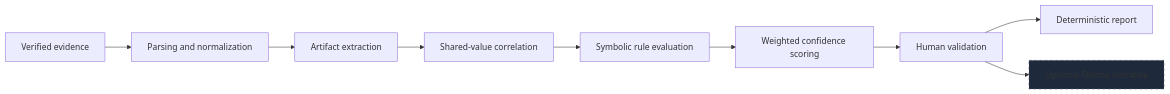
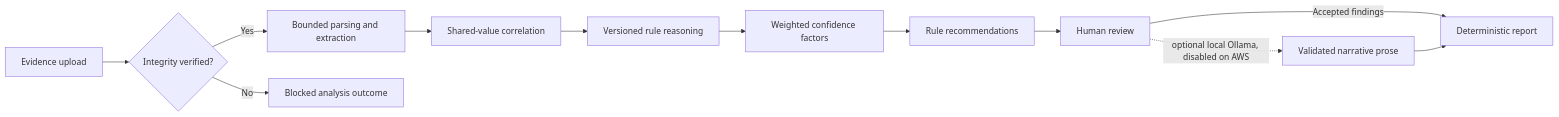
The fourth of 4 diagrams in README.md (shikhar-sahay/provena), drawn with Mermaid before and after one commit. The commit also changed other lines of this file and 7 other files, not shown here.

````diff
--- a/README.md
+++ b/README.md
@@ -49,12 +115,14 @@
 ```mermaid
 flowchart LR
-    V[Verified evidence] --> P[Parsing and normalization]
-    P --> X[Artifact extraction]
-    X --> C[Shared-value correlation]
-    C --> R[Symbolic rule evaluation]
-    R --> S[Weighted confidence scoring]
-    S --> H[Human validation]
-    H --> D[Deterministic report]
-    H --> L[Optional Ollama narrative]
-    style L fill:#1e293b,stroke:#475569,stroke-dasharray: 5 5
+    U[Evidence upload] --> V{Integrity verified?}
+    V -->|Yes| P[Bounded parsing and extraction]
+    V -->|No| BLOCK[Blocked analysis outcome]
+    P --> C[Shared-value correlation]
+    C --> R[Versioned rule reasoning]
+    R --> S[Weighted confidence factors]
+    S --> REC[Rule recommendations]
+    REC --> H[Human review]
+    H -->|Accepted findings| D[Deterministic report]
+    H -. "optional local Ollama, disabled on AWS" .-> L[Validated narrative prose]
+    L --> D
 ```
````
